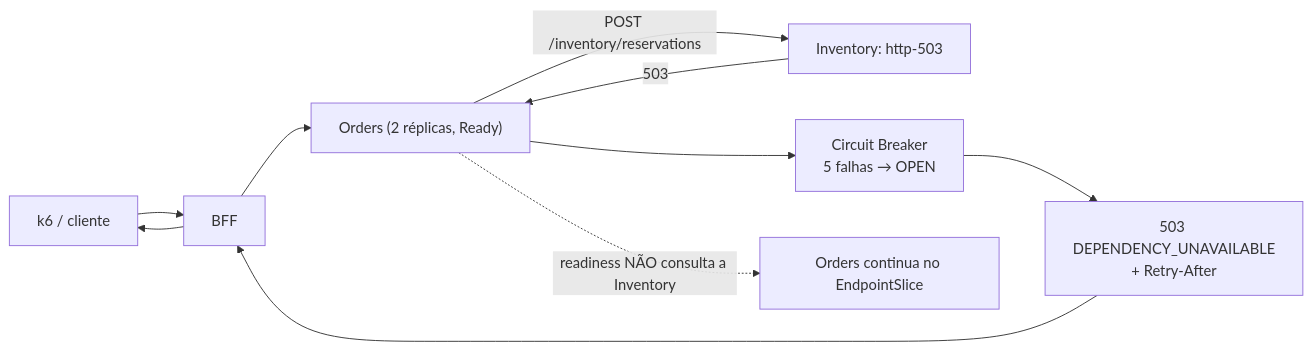
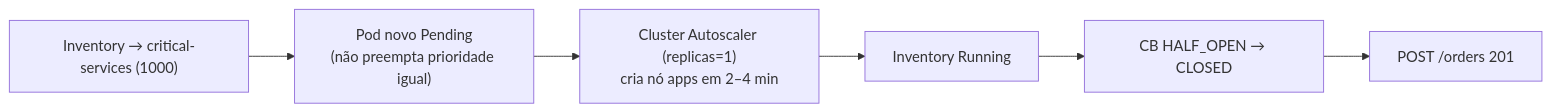
One commit to opsteam-sreday/workshop-k8s-reliability changed the fifth of 5 diagrams in labs/lab-05/README.md. Above: the diagram before and after it, drawn with Mermaid. The commit also changed other lines of this file and 42 other files, not shown here.

````diff
--- a/labs/lab-05/README.md
+++ b/labs/lab-05/README.md
@@ -234,10 +397,6 @@
 ```mermaid
 flowchart LR
-    C["k6 / cliente"] --> BFF --> O["Orders (2 réplicas, Ready)"]
-    O -- "POST /inventory/reservations" --> I["Inventory: http-503"]
-    I -- "503" --> O
-    O --> CB["Circuit Breaker<br/>5 falhas → OPEN"]
-    CB --> R["503 DEPENDENCY_UNAVAILABLE<br/>+ Retry-After"]
-    R --> BFF --> C
-    O -. "readiness NÃO consulta a Inventory" .-> OK["Orders continua no EndpointSlice"]
+    F1["Inventory → critical-services (1000)"] --> F2["Pod novo Pending<br/>(não preempta prioridade igual)"]
+    F2 --> F3["Cluster Autoscaler (replicas=1)<br/>cria nó apps em 2–4 min"]
+    F3 --> F4["Inventory Running"] --> F5["CB HALF_OPEN → CLOSED"] --> F6["POST /orders 201"]
 ```
````
